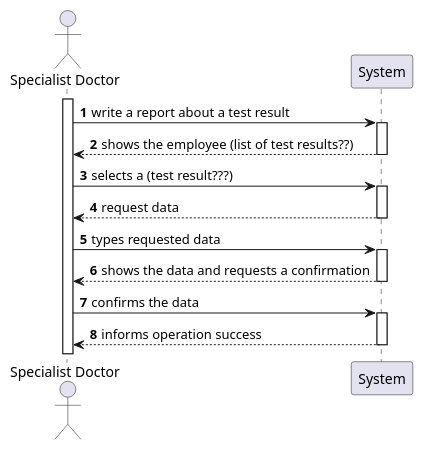
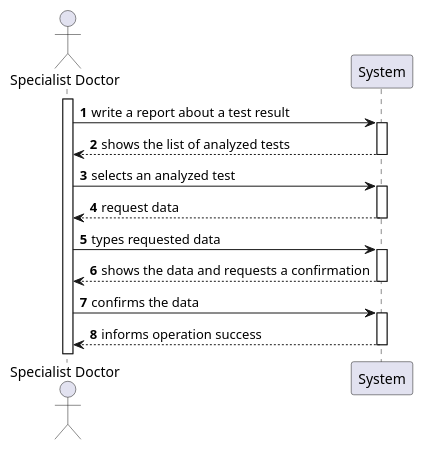
Before and after one commit to 0franciscor/lei-21-s2-1de-g19: the diagram in docs/SprintC/US14/US14_SSD.puml, drawn with PlantUML. The commit also changed 1 other file, not shown here.

```diff
--- a/docs/SprintC/US14/US14_SSD.puml
+++ b/docs/SprintC/US14/US14_SSD.puml
@@ -1,15 +1,15 @@
 @startuml
 'https://plantuml.com/sequence-diagram
 
 autonumber
 actor "Specialist Doctor" as A
 activate A
 A -> System ++: write a report about a test result
-System --> A --: shows the employee (list of test results??)
-A -> System ++: selects a (test result???)
+System --> A --: shows the list of analyzed tests
+A -> System ++: selects an analyzed test
 System -->  A --: request data
 A -> System ++: types requested data
 System --> A --: shows the data and requests a confirmation
 A -> System ++: confirms the data
 System --> A --: informs operation success
 @enduml
```
